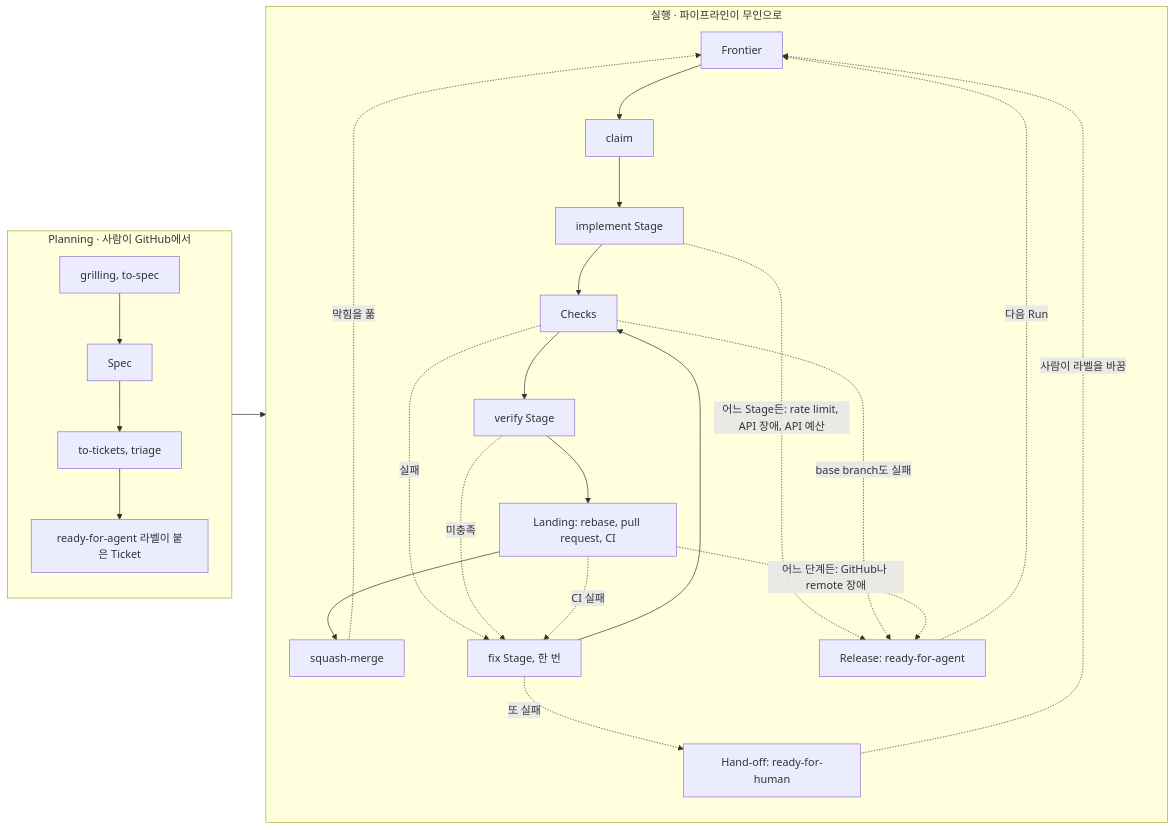
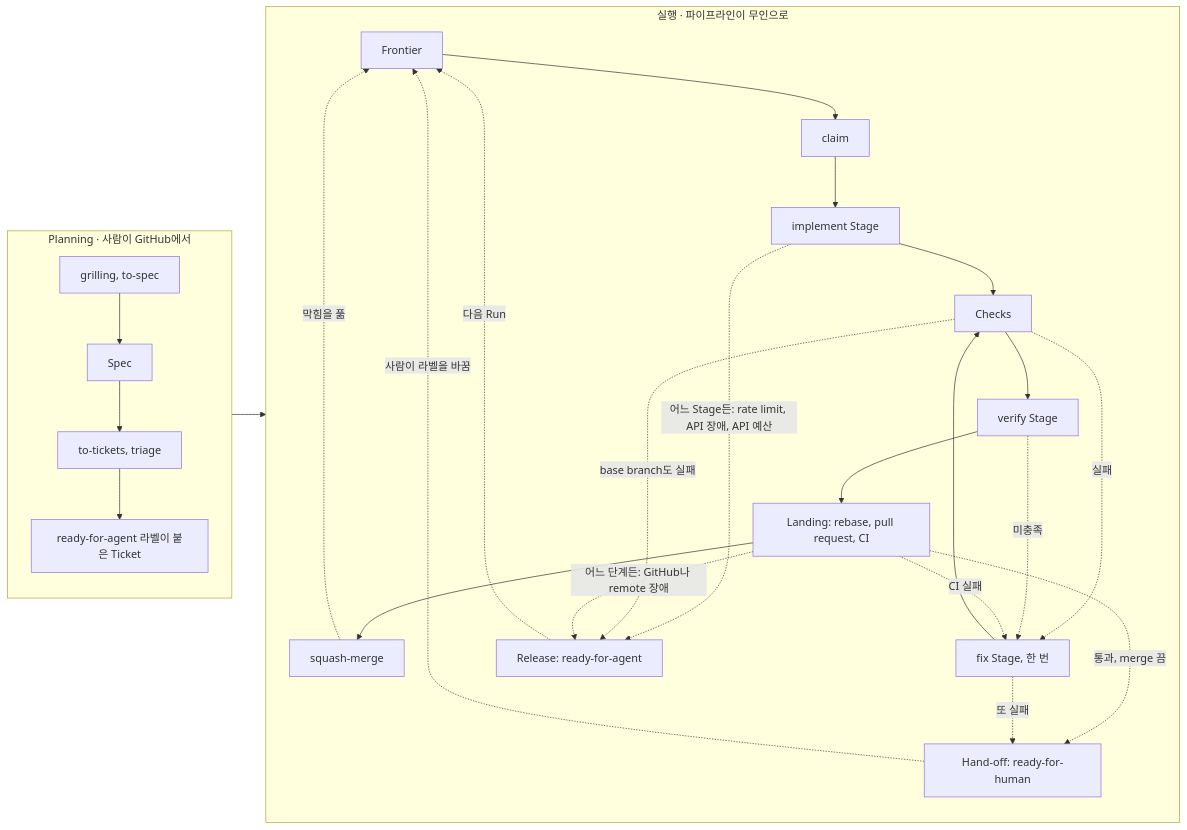
The diagram in wiki/ko/index.md (jjongs2/ticket-runner), drawn with Mermaid before and after one commit. The commit also changed other lines of this file and 26 other files, not shown here.

````diff
--- a/wiki/ko/index.md
+++ b/wiki/ko/index.md
@@ -54,30 +54,31 @@
 ```mermaid
 flowchart LR
   subgraph Planning["Planning · 사람이 GitHub에서"]
     direction TB
     G["grilling, to-spec"] --> S[Spec]
     S --> T["to-tickets, triage"]
     T --> R["ready-for-agent 라벨이 붙은 Ticket"]
   end
   subgraph Execution["실행 · 파이프라인이 무인으로"]
     direction TB
     F[Frontier] --> C[claim]
     C --> I[implement Stage]
     I --> K[Checks]
     K --> V[verify Stage]
     V --> L["Landing: rebase, pull request, CI"]
     L --> M[squash-merge]
+    L -. "통과, merge 끔" .-> H
     K -. 실패 .-> X["fix Stage, 한 번"]
     V -. 미충족 .-> X
     L -. CI 실패 .-> X
     X --> K
     X -. 또 실패 .-> H["Hand-off: ready-for-human"]
     I -. "어느 Stage든: rate limit, API 장애, API 예산" .-> RL["Release: ready-for-agent"]
     K -. base branch도 실패 .-> RL
     L -. "어느 단계든: GitHub나 remote 장애" .-> RL
   end
   R --> F
   M -. 막힘을 풂 .-> F
   H -. 사람이 라벨을 바꿈 .-> F
   RL -. 다음 Run .-> F
 ```
````
